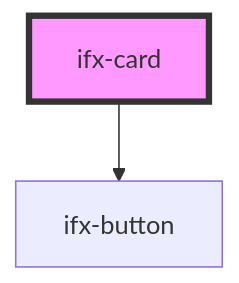
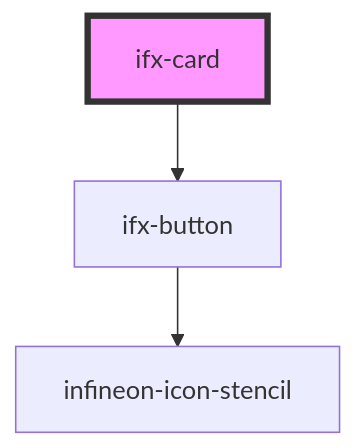
Before and after one commit to Infineon/infineon-design-system-stencil: the diagram in src/components/card/readme.md, drawn with Mermaid. The commit also changed 5 other files, not shown here.

````diff
--- a/src/components/card/readme.md
+++ b/src/components/card/readme.md
@@ -26,5 +26,6 @@
 ```mermaid
 graph TD;
   ifx-card --> ifx-button
+  ifx-button --> infineon-icon-stencil
   style ifx-card fill:#f9f,stroke:#333,stroke-width:4px
 ```
````
